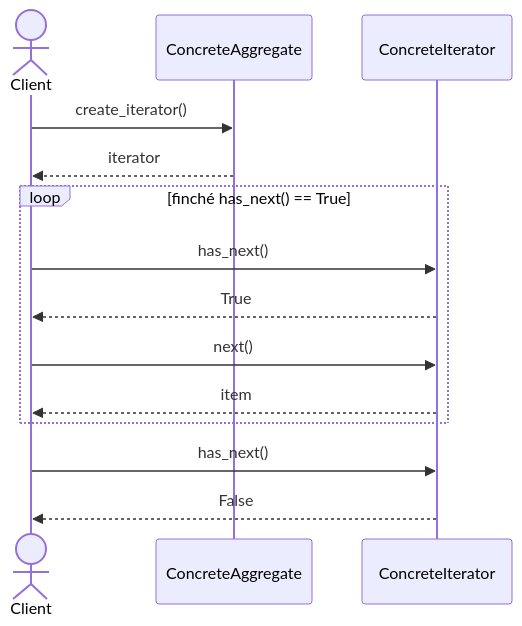
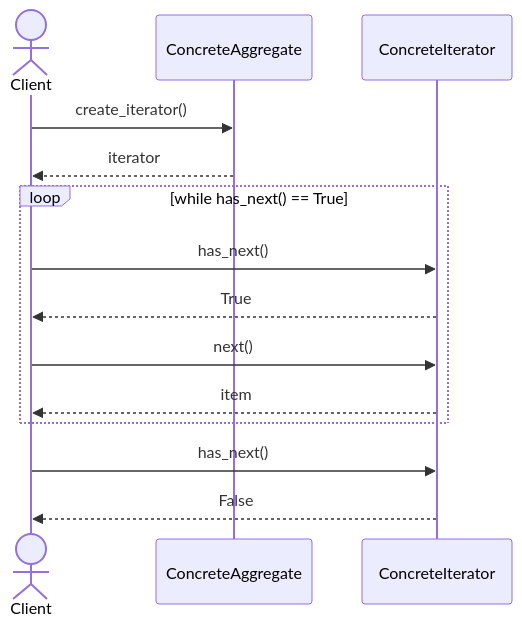
One commit to lucadileo9/design-pattern changed the third of 3 diagrams in 03_behavioral/iterator/README.md. Above: the diagram before and after it, drawn with Mermaid. The commit also changed other lines of this file and 43 other files, not shown here.

````diff
--- a/03_behavioral/iterator/README.md
+++ b/03_behavioral/iterator/README.md
@@ -119,19 +118,19 @@
 ```mermaid
 sequenceDiagram
     actor Client
     participant agg as ConcreteAggregate
     participant it as ConcreteIterator
 
     Client ->> agg: create_iterator()
     agg -->> Client: iterator
 
-    loop finché has_next() == True
+    loop while has_next() == True
         Client ->> it: has_next()
         it -->> Client: True
         Client ->> it: next()
         it -->> Client: item
     end
 
     Client ->> it: has_next()
     it -->> Client: False
 ```
````
